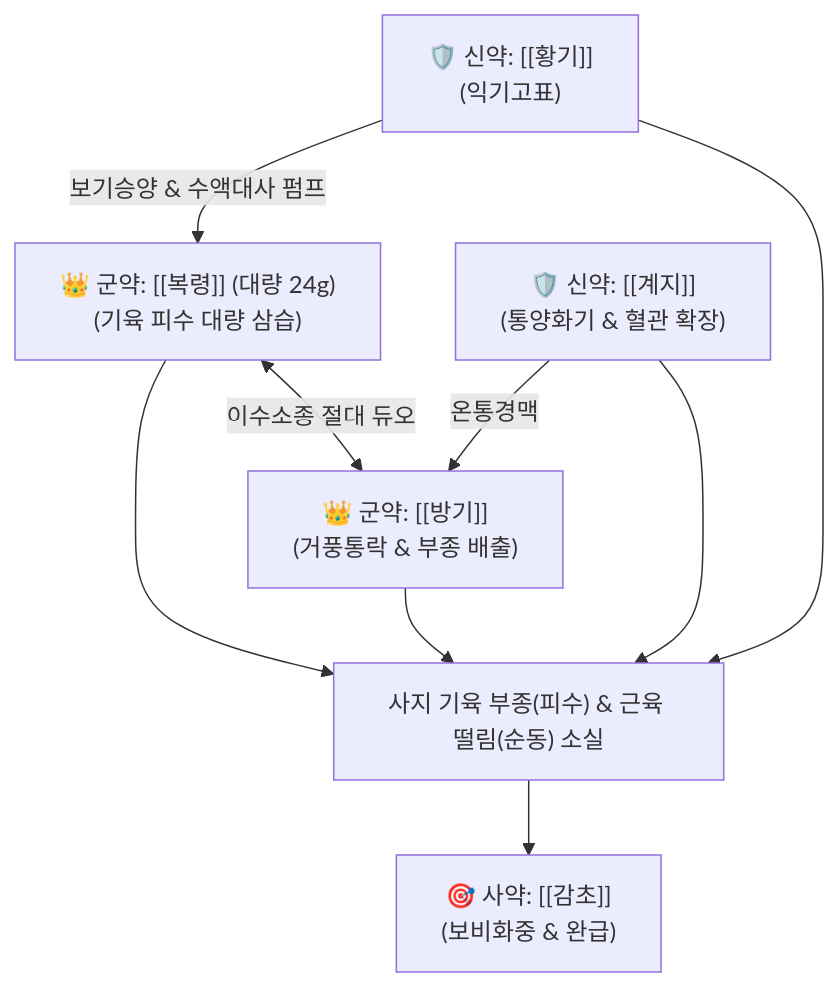
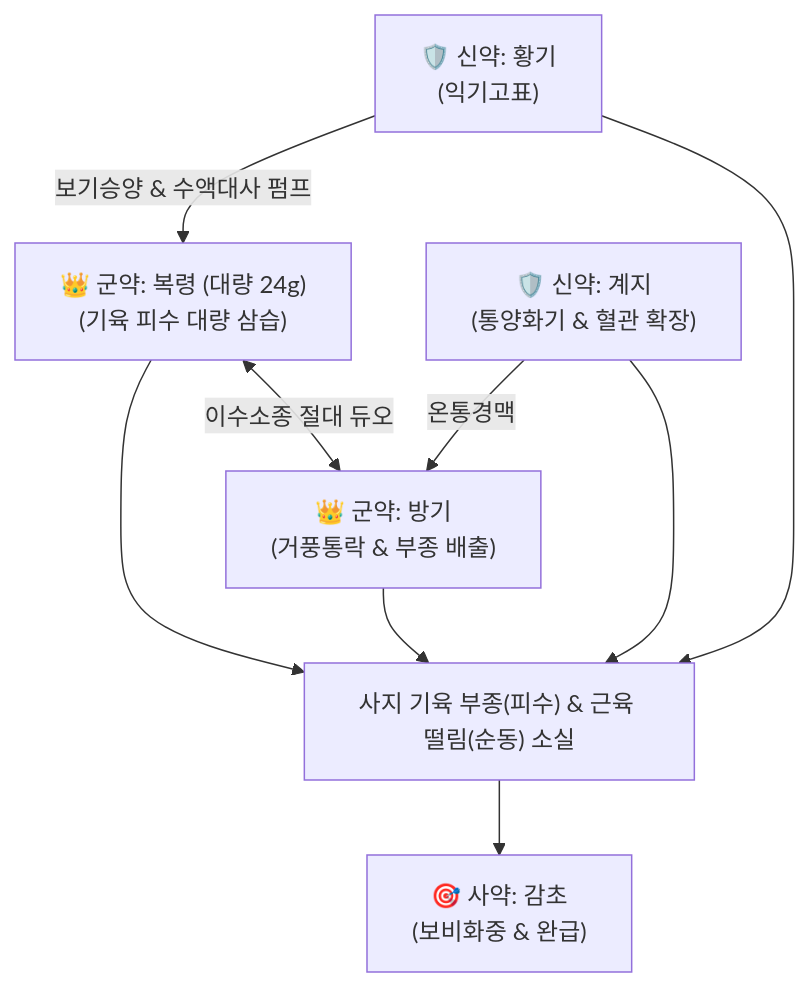
Before and after one commit to simbio11/simbio-digital-garden2: the diagram in content/2. 약리 공부/처방/03_화담·거습·이수제/방기복령탕.md, drawn with Mermaid. The commit also changed other lines of this file and 323 other files, not shown here.

````diff
--- a/content/2. 약리 공부/처방/03_화담·거습·이수제/방기복령탕.md
+++ b/content/2. 약리 공부/처방/03_화담·거습·이수제/방기복령탕.md
@@ -45,8 +47,8 @@
 ```mermaid
 graph TD
-    FL["👑 군약: [[복령]] (대량 24g)<br>(기육 피수 대량 삼습)"] <-->|이수소종 절대 듀오| BG["👑 군약: [[방기]]<br>(거풍통락 & 부종 배출)"]
-    GZ["🛡️ 신약: [[계지]]<br>(통양화기 & 혈관 확장)"] -->|온통경맥| BG
-    HQ["🛡️ 신약: [[황기]]<br>(익기고표)"] -->|보기승양 & 수액대사 펌프| FL
+    FL["👑 군약: 복령 (대량 24g)<br>(기육 피수 대량 삼습)"] <-->|이수소종 절대 듀오| BG["👑 군약: 방기<br>(거풍통락 & 부종 배출)"]
+    GZ["🛡️ 신약: 계지<br>(통양화기 & 혈관 확장)"] -->|온통경맥| BG
+    HQ["🛡️ 신약: 황기<br>(익기고표)"] -->|보기승양 & 수액대사 펌프| FL
     FL & BG & GZ & HQ --> X["사지 기육 부종(피수) & 근육 떨림(순동) 소실"]
-    X --> GC["🎯 사약: [[감초]]<br>(보비화중 & 완급)"]
+    X --> GC["🎯 사약: 감초<br>(보비화중 & 완급)"]
 ```
````
